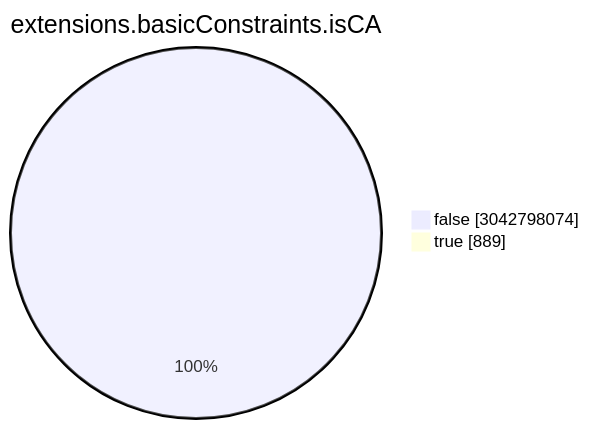
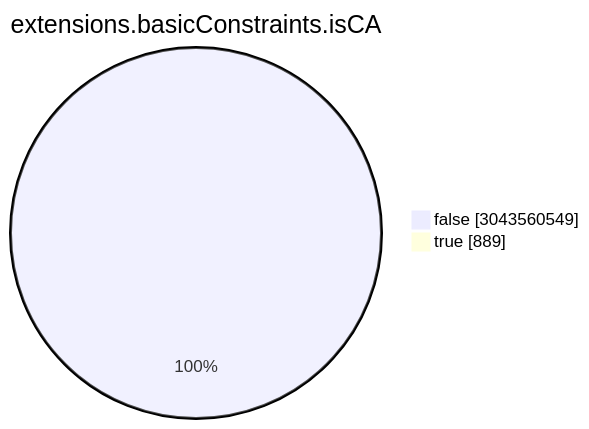
One commit to christiankrug/ctmonitor_visualization changed the seventh of 15 diagrams in TOTAL/README.md. Above: the diagram before and after it, drawn with Mermaid. The commit also changed other lines of this file, not shown here.

````diff
--- a/TOTAL/README.md
+++ b/TOTAL/README.md
@@ -3086,6 +3086,6 @@
 ```mermaid
 pie showData
 title extensions.basicConstraints.isCA
-"false" :3042798074
+"false" :3043560549
 "true" :889
 ```
````
